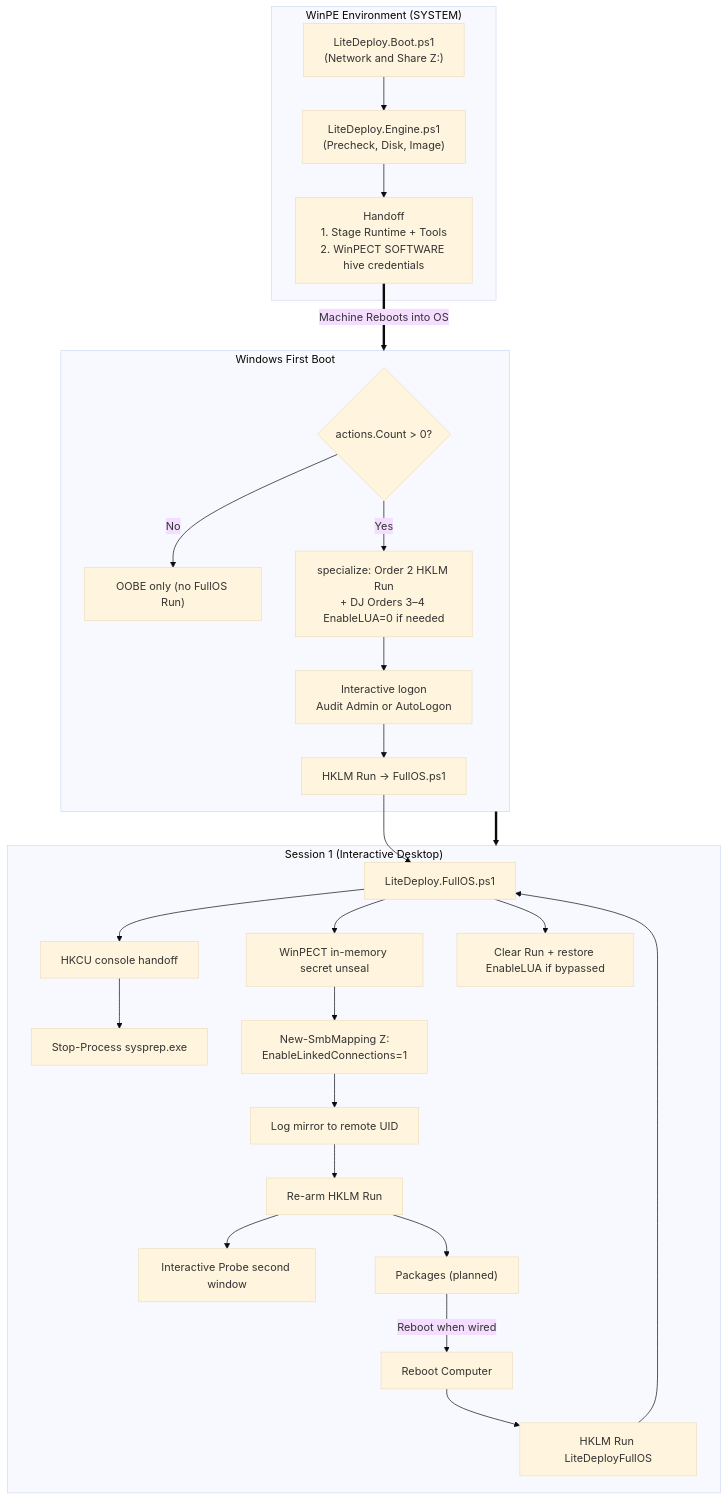
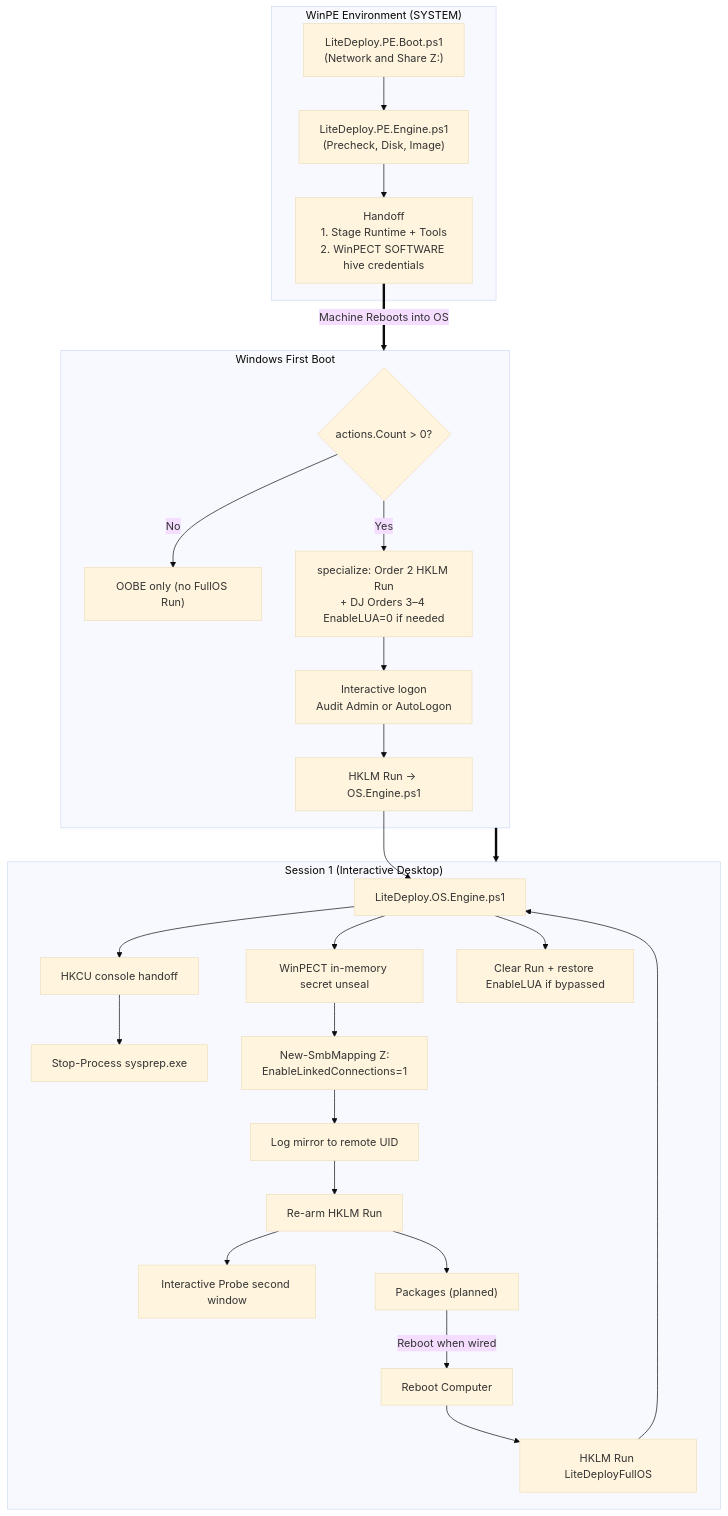
Before and after one commit to cmartineztech/LiteDeploy.Core: the second of 6 diagrams in _Docs/architecture/LITEDEPLOY_DEPLOYMENT_DIAGRAM.md, drawn with Mermaid (base theme). The commit also changed other lines of this file and 24 other files, not shown here.

Commit message:
docs: align all documentation, diagrams, and guides with v2 canonical names

````diff
--- a/_Docs/architecture/LITEDEPLOY_DEPLOYMENT_DIAGRAM.md
+++ b/_Docs/architecture/LITEDEPLOY_DEPLOYMENT_DIAGRAM.md
@@ -89,34 +89,34 @@
 ```mermaid
 graph TD
     subgraph WinPE ["WinPE Environment (SYSTEM)"]
-        Boot["LiteDeploy.Boot.ps1<br/>(Network and Share Z:)"] --> Engine["LiteDeploy.Engine.ps1<br/>(Precheck, Disk, Image)"]
+        Boot["LiteDeploy.PE.Boot.ps1<br/>(Network and Share Z:)"] --> Engine["LiteDeploy.PE.Engine.ps1<br/>(Precheck, Disk, Image)"]
         Engine --> Handoff["Handoff<br/>1. Stage Runtime + Tools<br/>2. WinPECT SOFTWARE hive credentials"]
     end
 
     subgraph WindowsFirstBoot ["Windows First Boot"]
         ActionsGate{"actions.Count > 0?"}
         ActionsGate -->|No| OOBE["OOBE only (no FullOS Run)"]
         ActionsGate -->|Yes| Specialize["specialize: Order 2 HKLM Run<br/>+ DJ Orders 3–4 EnableLUA=0 if needed"]
         Specialize --> Logon["Interactive logon<br/>Audit Admin or AutoLogon"]
-        Logon --> FullOSLaunch["HKLM Run → FullOS.ps1"]
+        Logon --> FullOSLaunch["HKLM Run → OS.Engine.ps1"]
     end
 
     subgraph Session1 ["Session 1 (Interactive Desktop)"]
-        FullOSLaunch --> FullOS["LiteDeploy.FullOS.ps1"]
+        FullOSLaunch --> FullOS["LiteDeploy.OS.Engine.ps1"]
         FullOS --> ConsoleHost["HKCU console handoff"]
         ConsoleHost --> KillSysprep["Stop-Process sysprep.exe"]
         FullOS --> Unseal["WinPECT in-memory secret unseal"]
         Unseal --> MountZ["New-SmbMapping Z:<br/>EnableLinkedConnections=1"]
         MountZ --> Mirror["Log mirror to remote UID"]
         Mirror --> Arm["Re-arm HKLM Run"]
         Arm --> Probe["Interactive Probe second window"]
         Arm --> Pkg["Packages (planned)"]
         Pkg -->|Reboot when wired| RebootLoop["Reboot Computer"]
         RebootLoop --> RunKey["HKLM Run LiteDeployFullOS"]
         RunKey --> FullOS
         FullOS --> Cleanup["Clear Run + restore EnableLUA if bypassed"]
     end
 
     Handoff ==>|Machine Reboots into OS| WindowsFirstBoot
     WindowsFirstBoot ==> Session1
 ```
````
